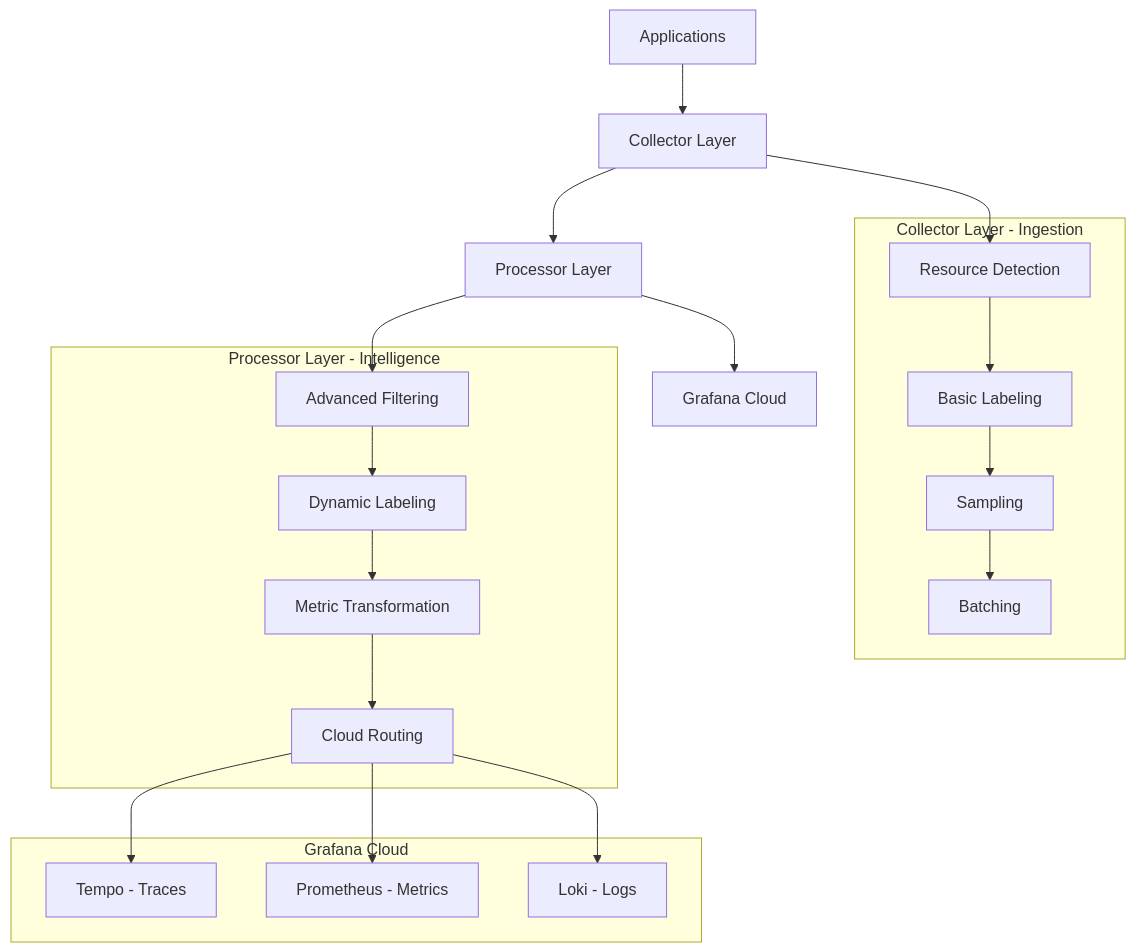
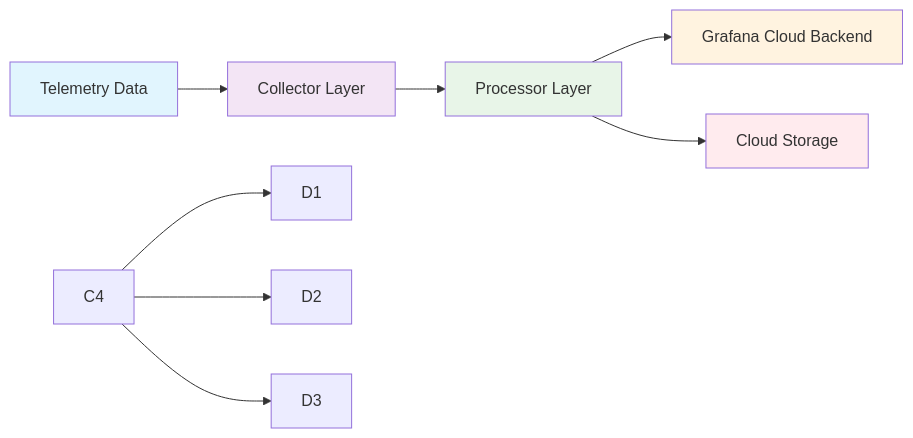
The first of 2 diagrams in README.md (ChaosKyle/otel-dynamic-processors-lab), drawn with Mermaid before and after one commit.

Commit message:
fixing mermaid

````diff
--- a/README.md
+++ b/README.md
@@ -82,32 +82,16 @@
 ```mermaid
-graph TB
-    A[Applications] --> B[Collector Layer]
+graph LR
+    A[Telemetry Data] --> B[Collector Layer]
     B --> C[Processor Layer]
-    C --> D[Grafana Cloud]
+    C --> D[Grafana Cloud Backend]
+    C --> E[Cloud Storage]
     
-    subgraph "Collector Layer - Ingestion"
-        B1[Resource Detection]
-        B2[Basic Labeling]
-        B3[Sampling]
-        B4[Batching]
-    end
-    
-    subgraph "Processor Layer - Intelligence"
-        C1[Advanced Filtering]
-        C2[Dynamic Labeling]
-        C3[Metric Transformation]
-        C4[Cloud Routing]
-    end
-    
-    subgraph "Grafana Cloud"
-        D1[Tempo - Traces]
-        D2[Prometheus - Metrics]
-        D3[Loki - Logs]
-    end
-    
-    B --> B1 --> B2 --> B3 --> B4
-    C --> C1 --> C2 --> C3 --> C4
+    style A fill:#e1f5fe
+    style B fill:#f3e5f5
+    style C fill:#e8f5e8
+    style D fill:#fff3e0
+    style E fill:#ffebee
     C4 --> D1
     C4 --> D2
     C4 --> D3
 ```
````
